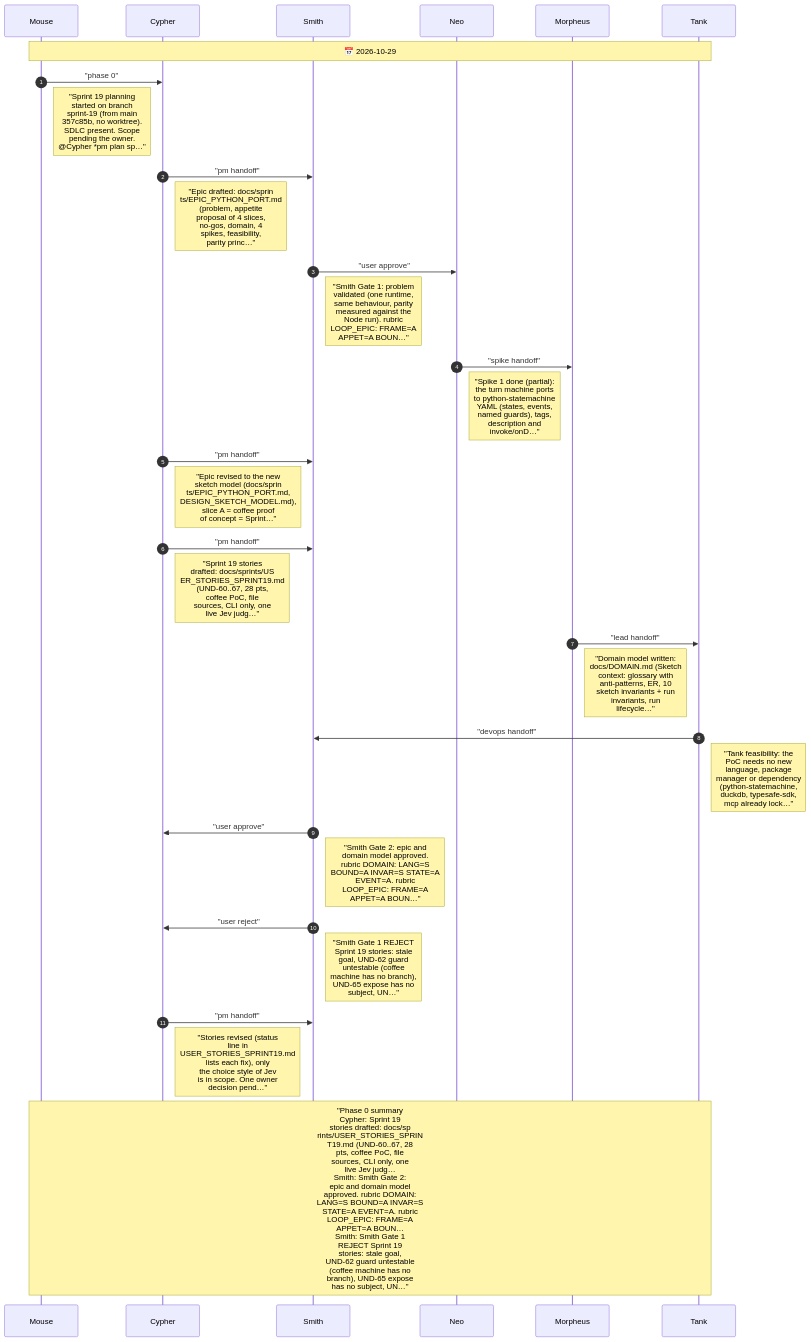
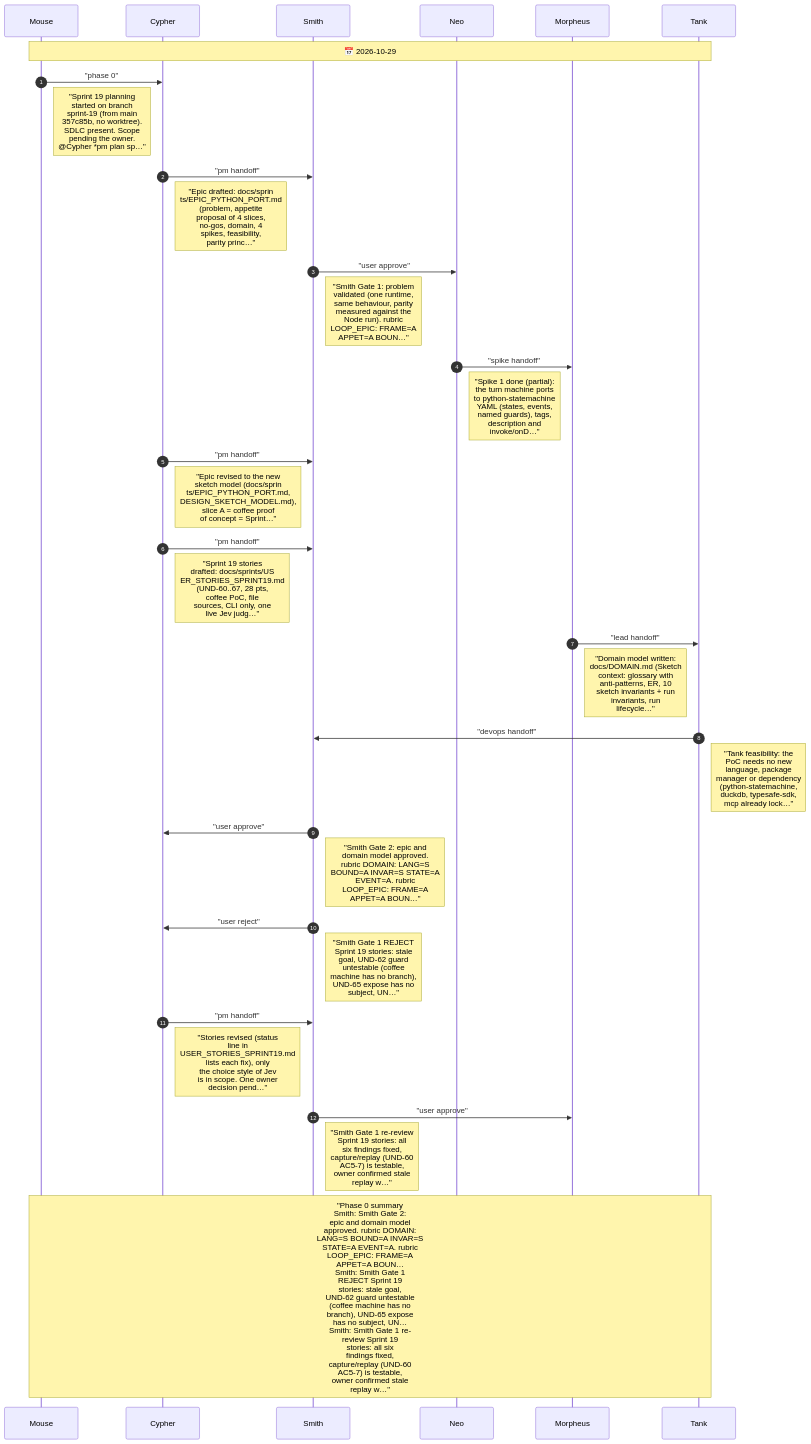
One commit to drusifer/understudy changed the diagram in agents/CHAT.diagram.md. Above: the diagram before and after it, drawn with Mermaid. The commit also changed 3 other files, not shown here.

First line of the commit message:
Sprint 19 architecture (draft, awaiting Gate 2)

````diff
--- a/agents/CHAT.diagram.md
+++ b/agents/CHAT.diagram.md
@@ -5,35 +5,37 @@
 ```mermaid
 %%{init: {"sequence": {"messageFontSize": 14, "noteFontSize": 18, "actorFontSize": 14}}}%%
 sequenceDiagram
     autonumber
     participant Mouse
     participant Cypher
     participant Smith
     participant Neo
     participant Morpheus
     participant Tank
     Note over Mouse,Tank: 📅 2026-10-29
     Mouse->>Cypher: "phase 0"
     Note right of Mouse: "Sprint 19 planning<br/>started on branch<br/>sprint-19 (from main<br/>357c85b, no worktree).<br/>SDLC present. Scope<br/>pending the owner.<br/>@Cypher *pm plan sp…"
     Cypher->>Smith: "pm handoff"
     Note right of Cypher: "Epic drafted: docs/sprin<br/>ts/EPIC_PYTHON_PORT.md<br/>(problem, appetite<br/>proposal of 4 slices,<br/>no-gos, domain, 4<br/>spikes, feasibility,<br/>parity princ…"
     Smith->>Neo: "user approve"
     Note right of Smith: "Smith Gate 1: problem<br/>validated (one runtime,<br/>same behaviour, parity<br/>measured against the<br/>Node run). rubric<br/>LOOP_EPIC: FRAME=A<br/>APPET=A BOUN…"
     Neo->>Morpheus: "spike handoff"
     Note right of Neo: "Spike 1 done (partial):<br/>the turn machine ports<br/>to python-statemachine<br/>YAML (states, events,<br/>named guards), tags,<br/>description and<br/>invoke/onD…"
     Cypher->>Smith: "pm handoff"
     Note right of Cypher: "Epic revised to the new<br/>sketch model (docs/sprin<br/>ts/EPIC_PYTHON_PORT.md,<br/>DESIGN_SKETCH_MODEL.md),<br/>slice A = coffee proof<br/>of concept = Sprint…"
     Cypher->>Smith: "pm handoff"
     Note right of Cypher: "Sprint 19 stories<br/>drafted: docs/sprints/US<br/>ER_STORIES_SPRINT19.md<br/>(UND-60..67, 28 pts,<br/>coffee PoC, file<br/>sources, CLI only, one<br/>live Jev judg…"
     Morpheus->>Tank: "lead handoff"
     Note right of Morpheus: "Domain model written:<br/>docs/DOMAIN.md (Sketch<br/>context: glossary with<br/>anti-patterns, ER, 10<br/>sketch invariants + run<br/>invariants, run<br/>lifecycle…"
     Tank->>Smith: "devops handoff"
     Note right of Tank: "Tank feasibility: the<br/>PoC needs no new<br/>language, package<br/>manager or dependency<br/>(python-statemachine,<br/>duckdb, typesafe-sdk,<br/>mcp already lock…"
     Smith->>Cypher: "user approve"
     Note right of Smith: "Smith Gate 2: epic and<br/>domain model approved.<br/>rubric DOMAIN: LANG=S<br/>BOUND=A INVAR=S STATE=A<br/>EVENT=A. rubric<br/>LOOP_EPIC: FRAME=A<br/>APPET=A BOUN…"
     Smith->>Cypher: "user reject"
     Note right of Smith: "Smith Gate 1 REJECT<br/>Sprint 19 stories: stale<br/>goal, UND-62 guard<br/>untestable (coffee<br/>machine has no branch),<br/>UND-65 expose has no<br/>subject, UN…"
     Cypher->>Smith: "pm handoff"
     Note right of Cypher: "Stories revised (status<br/>line in<br/>USER_STORIES_SPRINT19.md<br/>lists each fix), only<br/>the choice style of Jev<br/>is in scope. One owner<br/>decision pend…"
-    Note over Mouse,Tank: "Phase 0 summary<br/>Cypher: Sprint 19<br/>stories drafted: docs/sp<br/>rints/USER_STORIES_SPRIN<br/>T19.md (UND-60..67, 28<br/>pts, coffee PoC, file<br/>sources, CLI only, one<br/>live Jev judg…<br/>Smith: Smith Gate 2:<br/>epic and domain model<br/>approved. rubric DOMAIN:<br/>LANG=S BOUND=A INVAR=S<br/>STATE=A EVENT=A. rubric<br/>LOOP_EPIC: FRAME=A<br/>APPET=A BOUN…<br/>Smith: Smith Gate 1<br/>REJECT Sprint 19<br/>stories: stale goal,<br/>UND-62 guard untestable<br/>(coffee machine has no<br/>branch), UND-65 expose<br/>has no subject, UN…"
+    Smith->>Morpheus: "user approve"
+    Note right of Smith: "Smith Gate 1 re-review<br/>Sprint 19 stories: all<br/>six findings fixed,<br/>capture/replay (UND-60<br/>AC5-7) is testable,<br/>owner confirmed stale<br/>replay w…"
+    Note over Mouse,Tank: "Phase 0 summary<br/>Smith: Smith Gate 2:<br/>epic and domain model<br/>approved. rubric DOMAIN:<br/>LANG=S BOUND=A INVAR=S<br/>STATE=A EVENT=A. rubric<br/>LOOP_EPIC: FRAME=A<br/>APPET=A BOUN…<br/>Smith: Smith Gate 1<br/>REJECT Sprint 19<br/>stories: stale goal,<br/>UND-62 guard untestable<br/>(coffee machine has no<br/>branch), UND-65 expose<br/>has no subject, UN…<br/>Smith: Smith Gate 1 re-<br/>review Sprint 19<br/>stories: all six<br/>findings fixed,<br/>capture/replay (UND-60<br/>AC5-7) is testable,<br/>owner confirmed stale<br/>replay w…"
 ```
````
